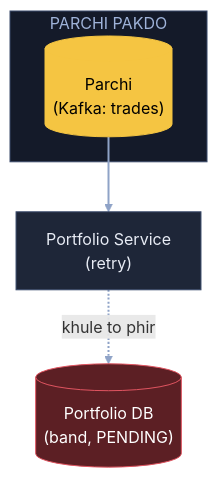
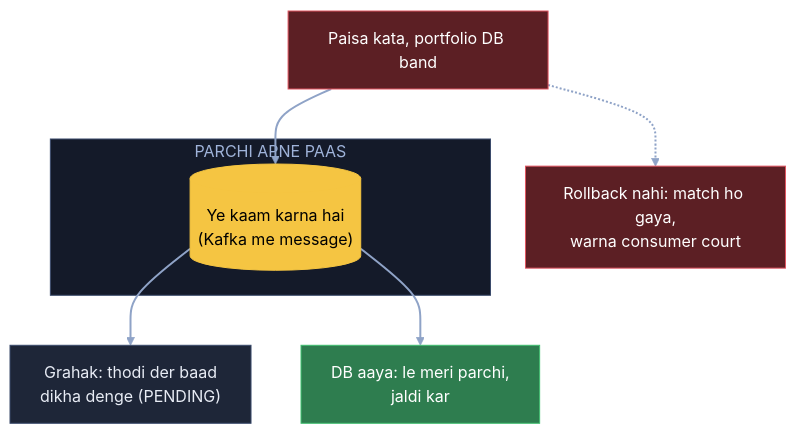
One commit to ArpanMaheshwari144/Prep changed the seventh of 9 diagrams in 04_HLD/SYSTEM_DESIGNS/05_stock_broker_trading/05_stock_broker_trading.md. Above: the diagram before and after it, drawn with Mermaid. The commit also changed other lines of this file, not shown here.

Commit message:
Stock: 9 diagram hand notes ke shabdon se; K8 'chhota ladka' aur K3 apni jodi line hatai

````diff
--- a/04_HLD/SYSTEM_DESIGNS/05_stock_broker_trading/05_stock_broker_trading.md
+++ b/04_HLD/SYSTEM_DESIGNS/05_stock_broker_trading/05_stock_broker_trading.md
@@ -233,16 +228,20 @@
 ```mermaid
 flowchart TB
-    subgraph PP["PARCHI PAKDO"]
-        K[("Parchi<br/>(Kafka: trades)")]:::pill
+    X["Paisa kata, portfolio DB band"]:::bad
+    N["Rollback nahi: match ho gaya,<br/>warna consumer court"]:::bad
+    subgraph PA["PARCHI APNE PAAS"]
+        K[("Ye kaam karna hai<br/>(Kafka me message)")]:::pill
     end
-    S["Portfolio Service<br/>(retry)"]:::card
-    D[("Portfolio DB<br/>(band, PENDING)")]:::bad
-    K --> S
-    S -. "khule to phir" .-> D
+    U["Grahak: thodi der baad<br/>dikha denge (PENDING)"]:::card
+    D["DB aaya: le meri parchi,<br/>jaldi kar"]:::good
+    X --> K
+    X -.-> N
+    K --> U
+    K --> D
     linkStyle default stroke:#8fa3c7,stroke-width:2px
     classDef card fill:#1e2638,stroke:#3a4a6b,color:#e8ecf5
     classDef pill fill:#f5c542,stroke:#f5c542,color:#000
     classDef good fill:#2e7d4f,stroke:#3fbf6f,color:#fff
     classDef bad fill:#5c1f24,stroke:#e05561,color:#fff
-    style PP fill:#141a29,stroke:#3a4a6b,color:#9fb3d9
+    style PA fill:#141a29,stroke:#3a4a6b,color:#9fb3d9
 ```
````
